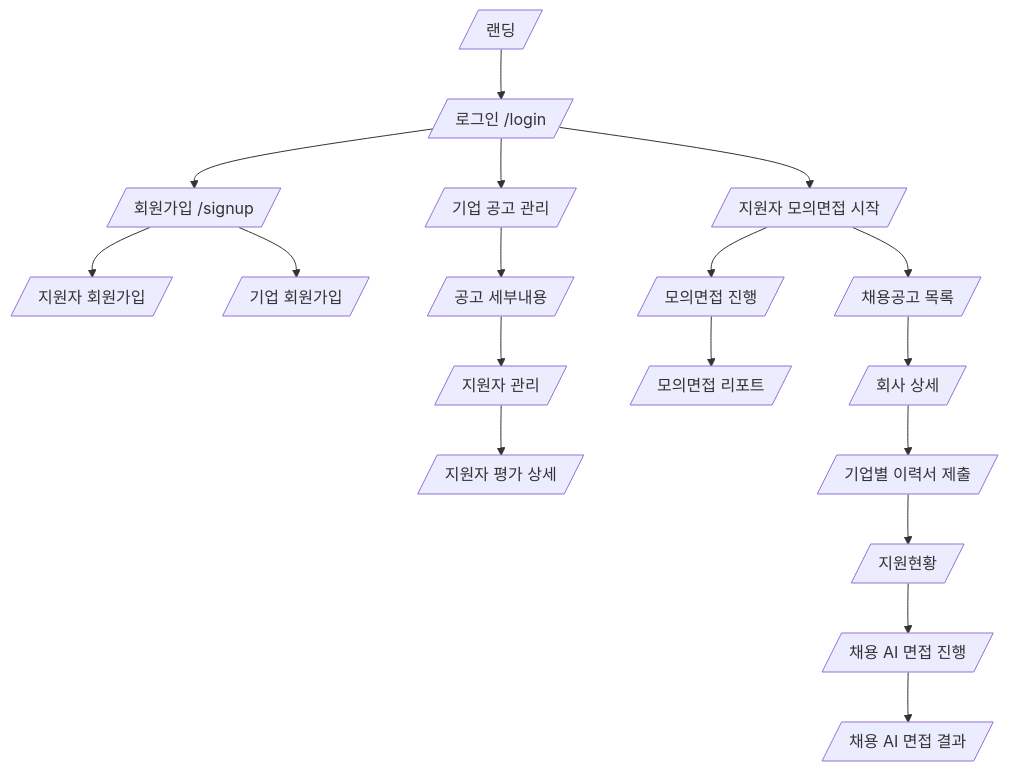
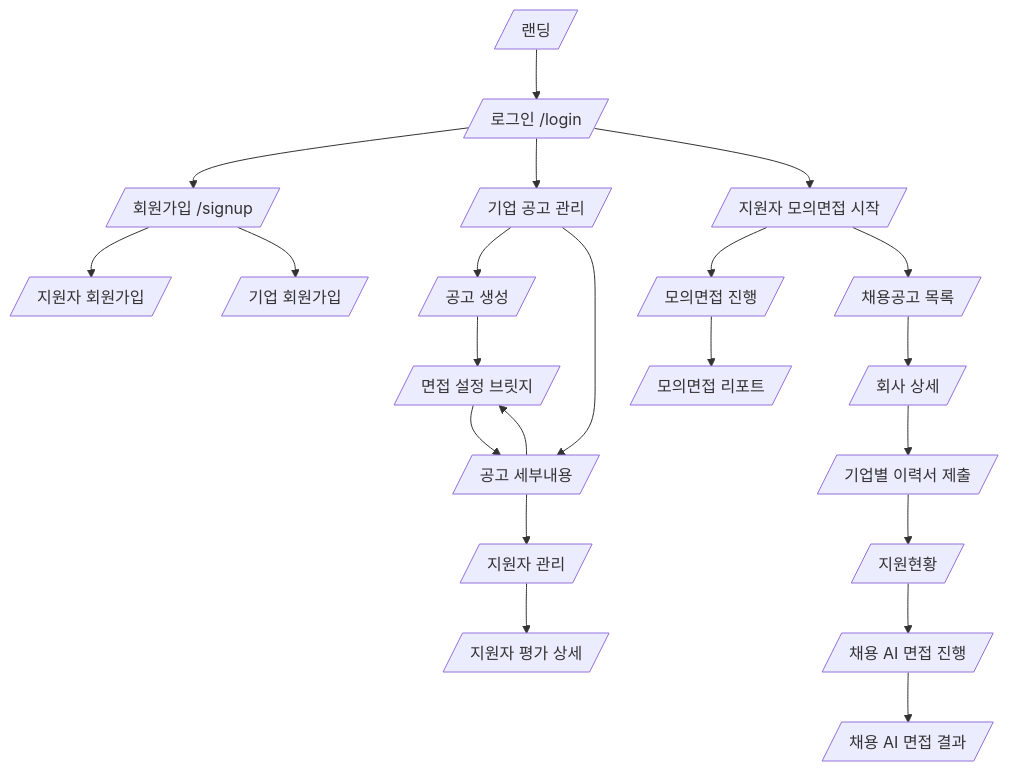
One commit to seok3m4/init changed the diagram in docs/01_product/screen-flow.md. Above: the diagram before and after it, drawn with Mermaid. The commit also changed other lines of this file, not shown here.

First line of the commit message:
docs(company-recruiting): 공고 생성 플로우 문서화

````diff
--- a/docs/01_product/screen-flow.md
+++ b/docs/01_product/screen-flow.md
@@ -24,20 +24,24 @@
 ```mermaid
 flowchart TD
   Landing[/랜딩 /] --> Login[/로그인 /login/]
   Login --> Signup[/회원가입 /signup/]
   Signup --> CandidateSignup[/지원자 회원가입/]
   Signup --> CompanySignup[/기업 회원가입/]
   Login --> CompanyDashboard[/기업 공고 관리/]
+  CompanyDashboard --> RecruitmentCreate[/공고 생성/]
+  RecruitmentCreate --> InterviewBridge[/면접 설정 브릿지/]
+  InterviewBridge --> RecruitmentDetail
   CompanyDashboard --> RecruitmentDetail[/공고 세부내용/]
+  RecruitmentDetail --> InterviewBridge
   RecruitmentDetail --> Applicants[/지원자 관리/]
   Applicants --> Evaluation[/지원자 평가 상세/]
   Login --> MockStart[/지원자 모의면접 시작/]
   MockStart --> MockInterview[/모의면접 진행/]
   MockInterview --> MockReport[/모의면접 리포트/]
   MockStart --> Jobs[/채용공고 목록/]
   Jobs --> JobDetail[/회사 상세/]
   JobDetail --> Apply[/기업별 이력서 제출/]
   Apply --> Applications[/지원현황/]
   Applications --> RecruitingInterview[/채용 AI 면접 진행/]
   RecruitingInterview --> RecruitingReport[/채용 AI 면접 결과/]
 ```
````
